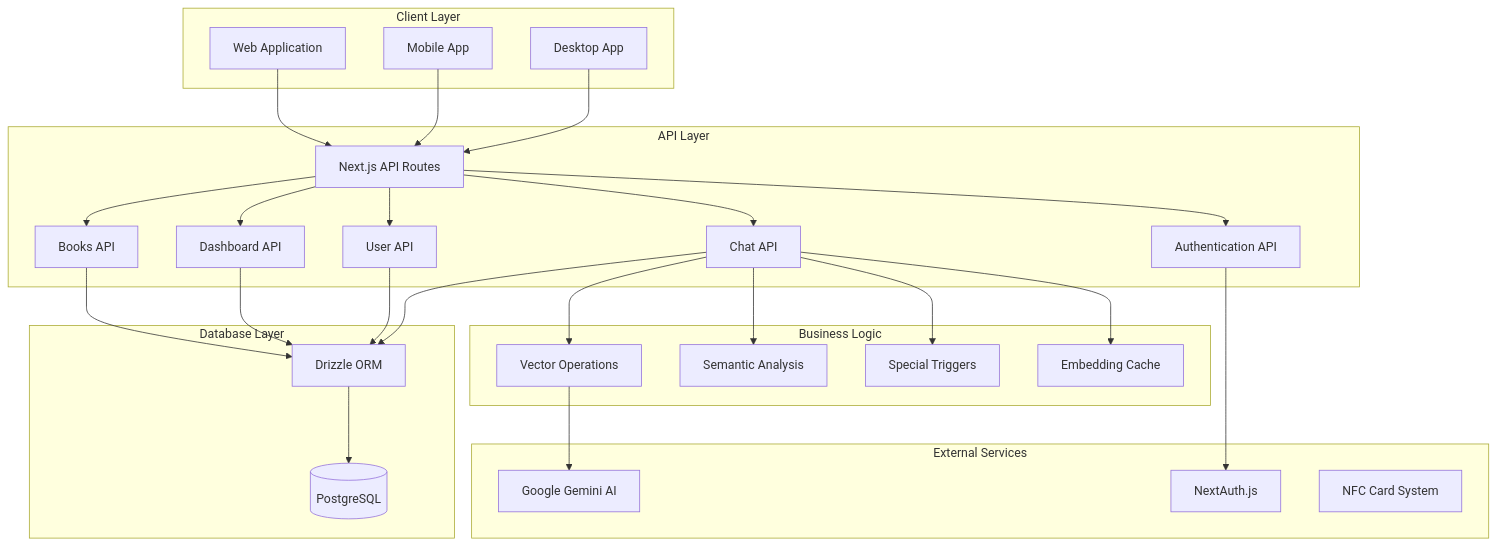
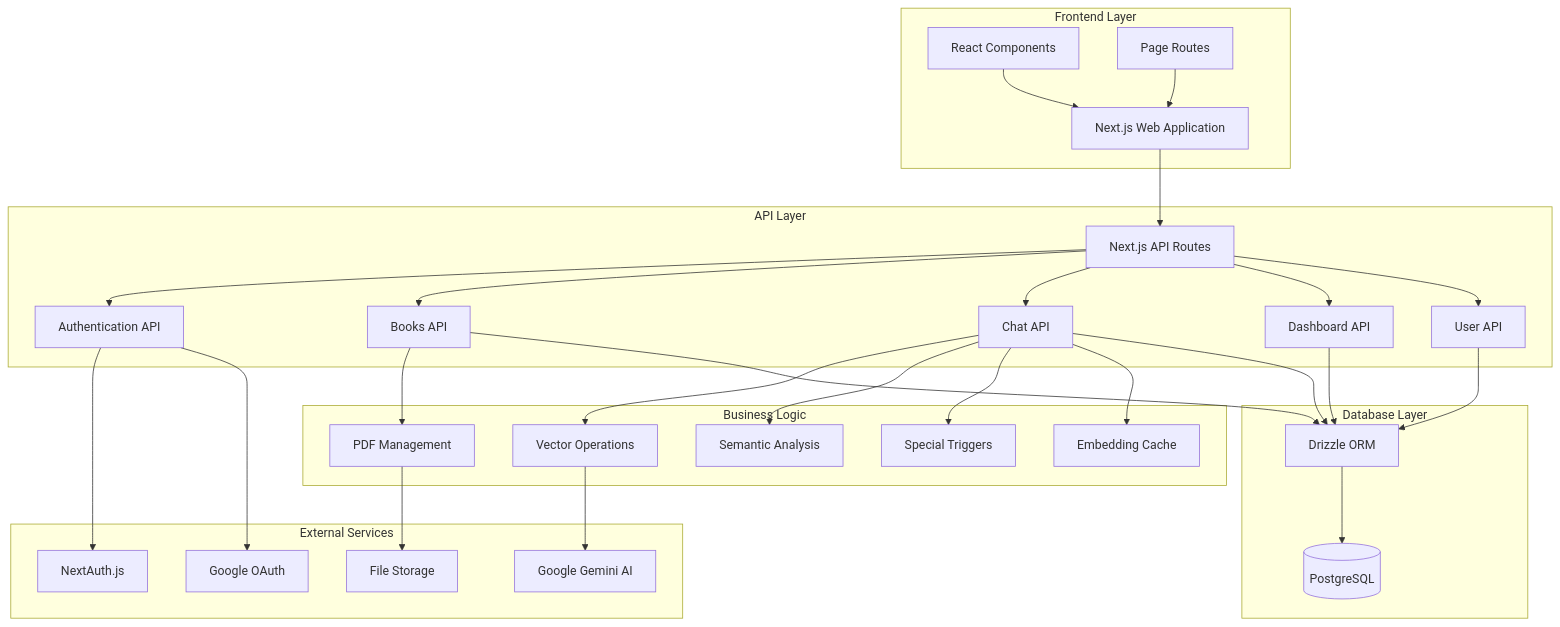
One commit to H3xKatana/EstinBib-new changed the second of 10 diagrams in README.md. Above: the diagram before and after it, drawn with Mermaid. The commit also changed other lines of this file, not shown here.

````diff
--- a/README.md
+++ b/README.md
@@ -163,60 +162,65 @@
 ```mermaid
 graph TB
-    subgraph "Client Layer"
-        WEB[Web Application]
-        MOBILE[Mobile App]
-        DESKTOP[Desktop App]
+    subgraph "Frontend Layer"
+        WEB[Next.js Web Application]
+        UI[React Components]
+        PAGES[Page Routes]
     end
     
     subgraph "API Layer"
         NEXTJS[Next.js API Routes]
         AUTH[Authentication API]
         BOOKS_API[Books API]
         CHAT_API[Chat API]
         DASHBOARD_API[Dashboard API]
         USER_API[User API]
     end
     
     subgraph "Business Logic"
         VECTOR[Vector Operations]
         SEMANTIC[Semantic Analysis]
         TRIGGERS[Special Triggers]
         EMBEDDING[Embedding Cache]
+        PDF[PDF Management]
     end
     
     subgraph "External Services"
         GEMINI[Google Gemini AI]
         NEXTAUTH[NextAuth.js]
-        NFC[NFC Card System]
+        GOOGLE[Google OAuth]
+        STORAGE[File Storage]
     end
     
     subgraph "Database Layer"
         POSTGRES[(PostgreSQL)]
         DRIZZLE[Drizzle ORM]
     end
     
     WEB --> NEXTJS
-    MOBILE --> NEXTJS
-    DESKTOP --> NEXTJS
+    UI --> WEB
+    PAGES --> WEB
     
     NEXTJS --> AUTH
     NEXTJS --> BOOKS_API
     NEXTJS --> CHAT_API
     NEXTJS --> DASHBOARD_API
     NEXTJS --> USER_API
     
     CHAT_API --> VECTOR
     CHAT_API --> SEMANTIC
     CHAT_API --> TRIGGERS
     CHAT_API --> EMBEDDING
     
+    BOOKS_API --> PDF
     VECTOR --> GEMINI
     AUTH --> NEXTAUTH
+    AUTH --> GOOGLE
+    PDF --> STORAGE
     
     BOOKS_API --> DRIZZLE
     DASHBOARD_API --> DRIZZLE
     USER_API --> DRIZZLE
     CHAT_API --> DRIZZLE
     
     DRIZZLE --> POSTGRES
 ```
````
